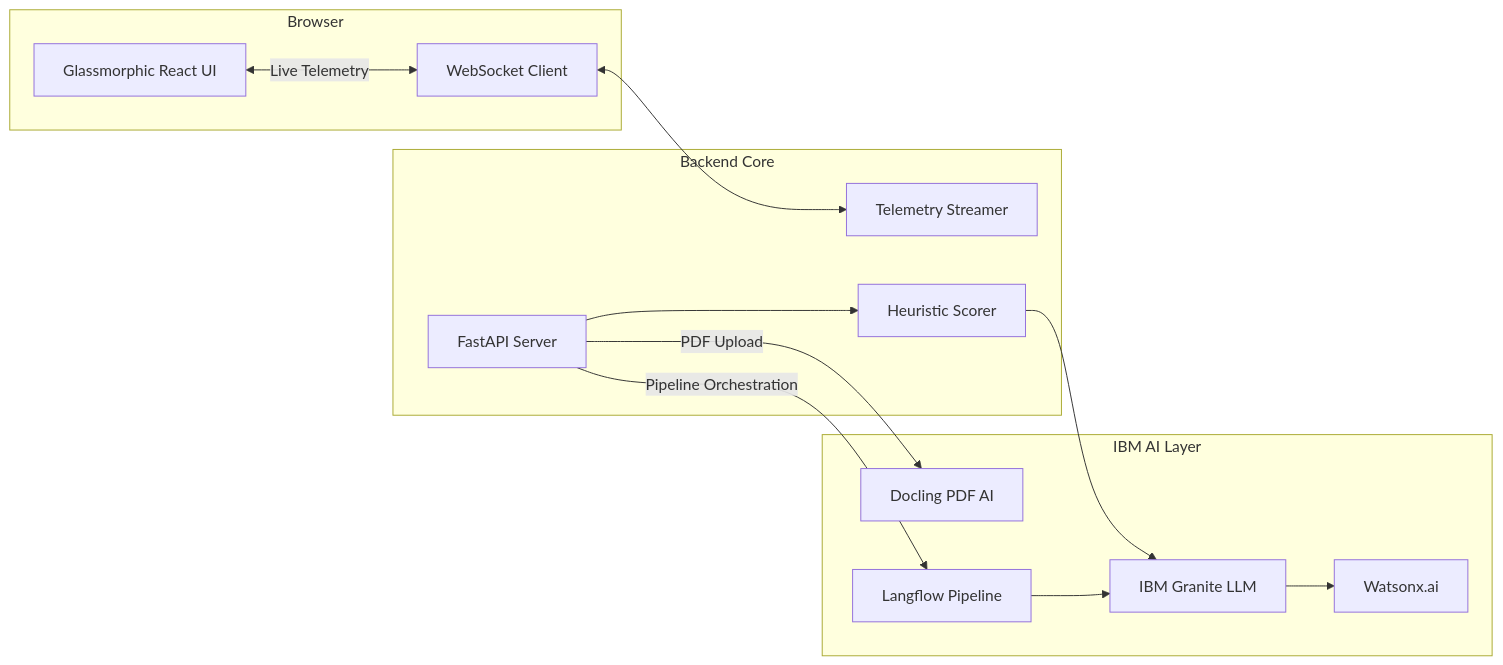
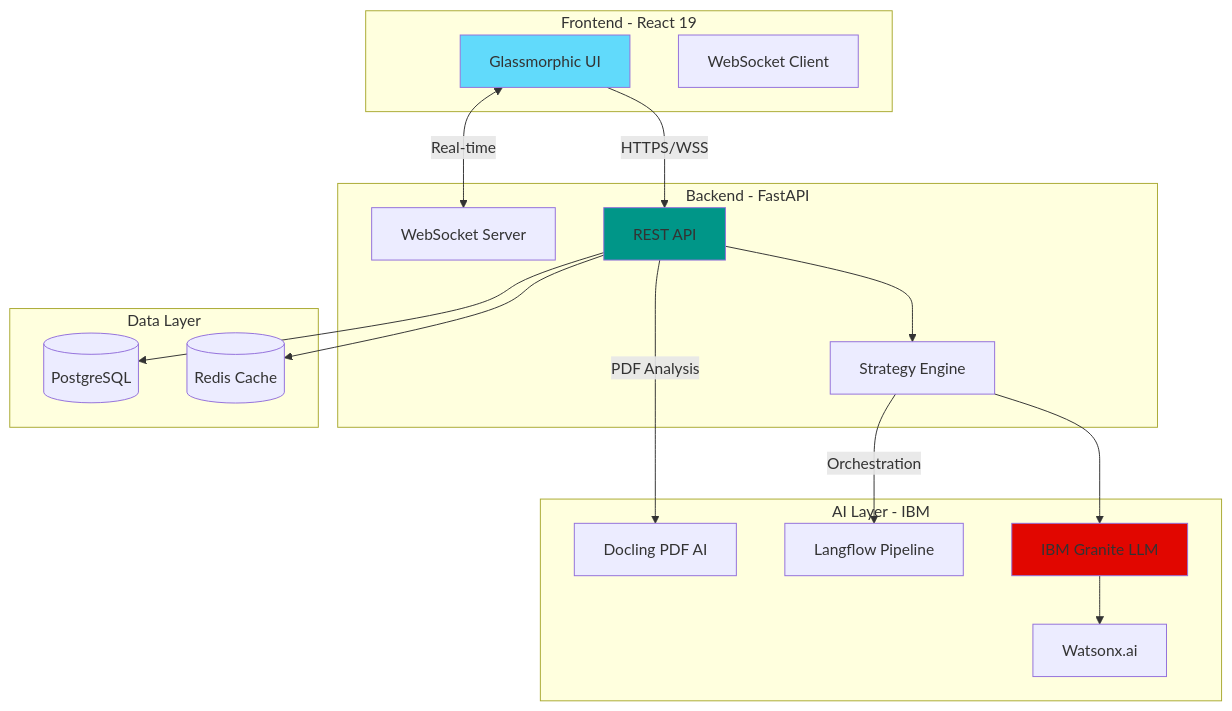
The diagram in README.md (rohilkohli/pitMind), drawn with Mermaid before and after one commit. The commit also changed other lines of this file and 10 other files, not shown here.

````diff
--- a/README.md
+++ b/README.md
@@ -233,29 +96,39 @@
 ```mermaid
-graph LR
-    subgraph Browser
-        UI[Glassmorphic React UI]
+graph TB
+    subgraph "Frontend - React 19"
+        UI[Glassmorphic UI]
         WS[WebSocket Client]
     end
 
-    subgraph Backend Core
-        API[FastAPI Server]
-        Stream[Telemetry Streamer]
-        Scorer[Heuristic Scorer]
+    subgraph "Backend - FastAPI"
+        API[REST API]
+        WSS[WebSocket Server]
+        Strategy[Strategy Engine]
     end
 
-    subgraph IBM AI Layer
+    subgraph "AI Layer - IBM"
         Granite[IBM Granite LLM]
         Watsonx[Watsonx.ai]
         Docling[Docling PDF AI]
-        LF[Langflow Pipeline]
+        Langflow[Langflow Pipeline]
     end
 
-    UI <-->|Live Telemetry| WS
-    WS <--> Stream
-    API --> Scorer
-    Scorer --> Granite
+    subgraph "Data Layer"
+        Redis[(Redis Cache)]
+        Postgres[(PostgreSQL)]
+    end
+
+    UI -->|HTTPS/WSS| API
+    UI <-->|Real-time| WSS
+    API --> Strategy
+    Strategy --> Granite
     Granite --> Watsonx
-    API -->|PDF Upload| Docling
-    API -->|Pipeline Orchestration| LF
-    LF --> Granite
+    API -->|PDF Analysis| Docling
+    Strategy -->|Orchestration| Langflow
+    API --> Redis
+    API --> Postgres
+    
+    style Granite fill:#e10600
+    style UI fill:#61DAFB
+    style API fill:#009688
 ```
````
